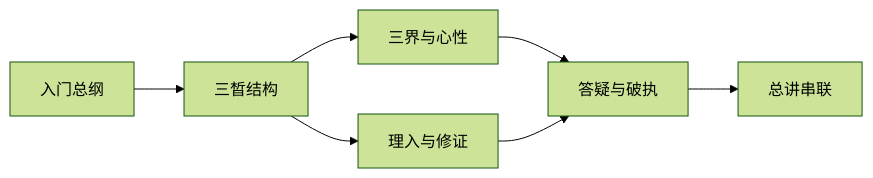
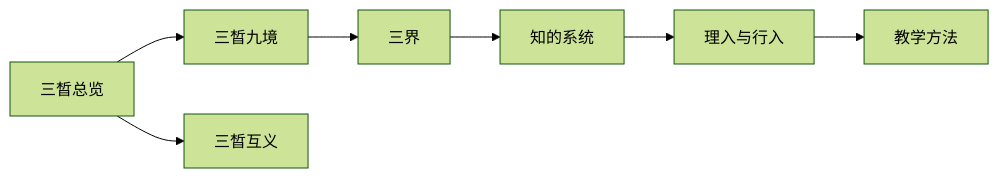
Before and after one commit to zlzzq/TaiJi-Wiki: the diagram in public_wiki/docs/llm-wiki/maps/dependency-map.md, drawn with Mermaid (forest theme). The commit also changed other lines of this file and 257 other files, not shown here.

````diff
--- a/public_wiki/docs/llm-wiki/maps/dependency-map.md
+++ b/public_wiki/docs/llm-wiki/maps/dependency-map.md
@@ -30,9 +20,9 @@
 ```mermaid
 flowchart LR
-  A["入门总纲"] --> B["三晳结构"]
-  B --> C["三界与心性"]
-  B --> D["理入与修证"]
-  C --> E["答疑与破执"]
-  D --> E
-  E --> F["总讲串联"]
+  A[三晳总览] --> B[三晳九境]
+  A --> C[三晳互义]
+  B --> D[三界]
+  D --> E[知的系统]
+  E --> F[理入与行入]
+  F --> G[教学方法]
 ```
````
